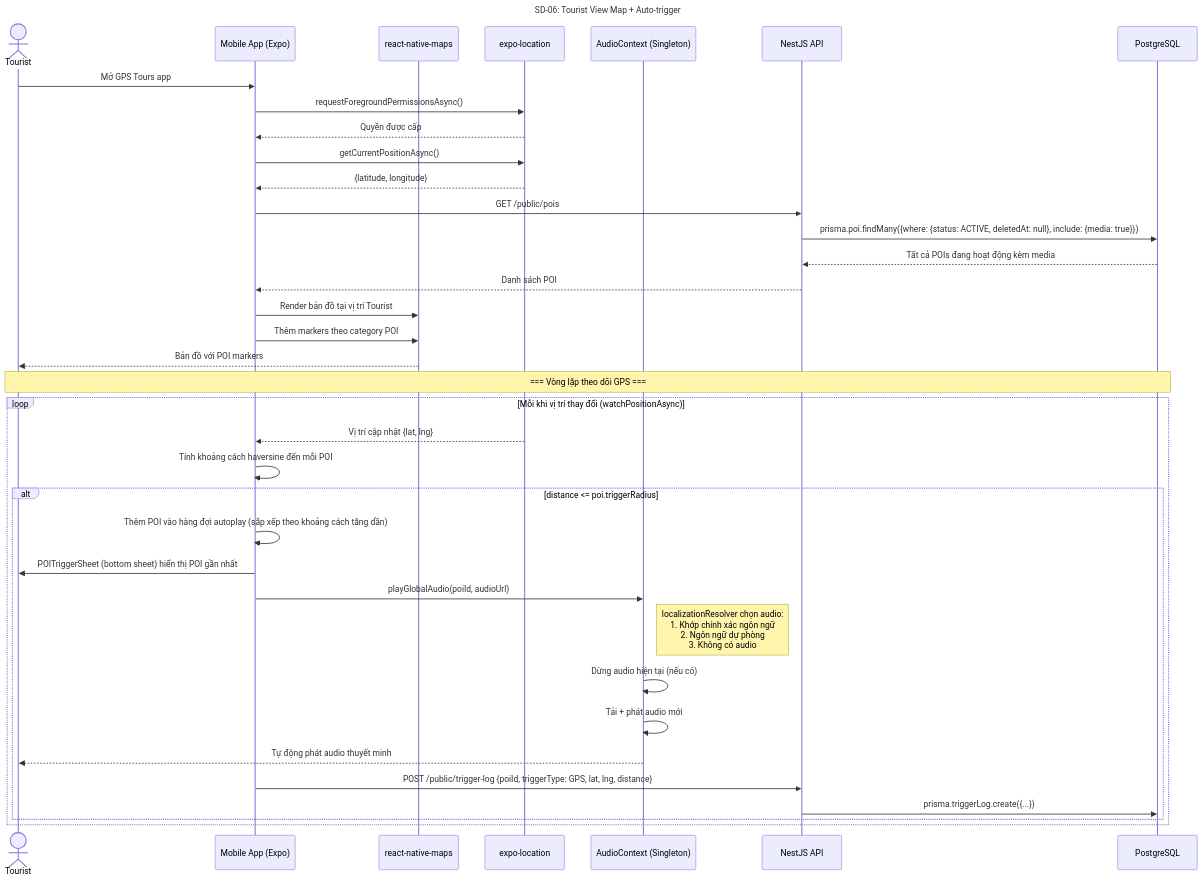
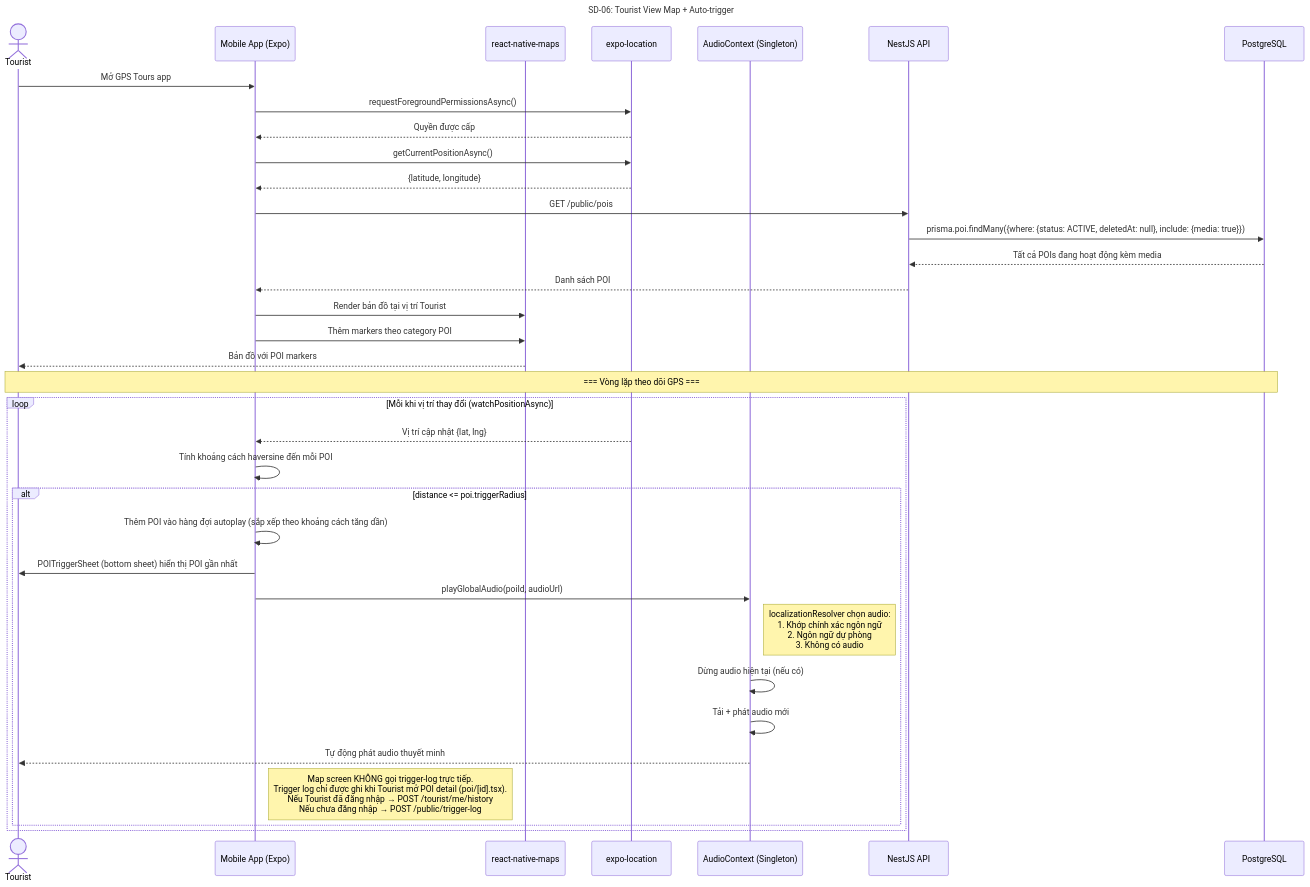
The sixth of 28 diagrams in docs/step3_prd/15_sequence_diagrams.md (Ttuandatt/Seminar), drawn with Mermaid before and after one commit. The commit also changed other lines of this file, not shown here.

First line of the commit message:
docs: sync 8 sequence diagrams with codebase (v4.1 → v4.2)

````diff
--- a/docs/step3_prd/15_sequence_diagrams.md
+++ b/docs/step3_prd/15_sequence_diagrams.md
@@ -320,45 +321,44 @@
 ```mermaid
 sequenceDiagram
     title SD-06: Tourist View Map + Auto-trigger
     actor Tourist
     participant App as Mobile App (Expo)
     participant Map as react-native-maps
     participant GPS as expo-location
     participant Audio as AudioContext (Singleton)
     participant API as NestJS API
     participant DB as PostgreSQL
 
     Tourist->>App: Mở GPS Tours app
     App->>GPS: requestForegroundPermissionsAsync()
     GPS-->>App: Quyền được cấp
     App->>GPS: getCurrentPositionAsync()
     GPS-->>App: {latitude, longitude}
 
     App->>API: GET /public/pois
     API->>DB: prisma.poi.findMany({where: {status: ACTIVE, deletedAt: null}, include: {media: true}})
     DB-->>API: Tất cả POIs đang hoạt động kèm media
     API-->>App: Danh sách POI
 
     App->>Map: Render bản đồ tại vị trí Tourist
     App->>Map: Thêm markers theo category POI
     Map-->>Tourist: Bản đồ với POI markers
 
     Note over Tourist, DB: === Vòng lặp theo dõi GPS ===
     loop Mỗi khi vị trí thay đổi (watchPositionAsync)
         GPS-->>App: Vị trí cập nhật {lat, lng}
         App->>App: Tính khoảng cách haversine đến mỗi POI
 
         alt distance <= poi.triggerRadius
             App->>App: Thêm POI vào hàng đợi autoplay (sắp xếp theo khoảng cách tăng dần)
             App->>Tourist: POITriggerSheet (bottom sheet) hiển thị POI gần nhất
             App->>Audio: playGlobalAudio(poiId, audioUrl)
             Note right of Audio: localizationResolver chọn audio:<br/>1. Khớp chính xác ngôn ngữ<br/>2. Ngôn ngữ dự phòng<br/>3. Không có audio
             Audio->>Audio: Dừng audio hiện tại (nếu có)
             Audio->>Audio: Tải + phát audio mới
             Audio-->>Tourist: Tự động phát audio thuyết minh
 
-            App->>API: POST /public/trigger-log {poiId, triggerType: GPS, lat, lng, distance}
-            API->>DB: prisma.triggerLog.create({...})
+            Note right of App: Map screen KHÔNG gọi trigger-log trực tiếp.<br/>Trigger log chỉ được ghi khi Tourist mở POI detail (poi/[id].tsx).<br/>Nếu Tourist đã đăng nhập → POST /tourist/me/history<br/>Nếu chưa đăng nhập → POST /public/trigger-log
         end
     end
 ```
````
